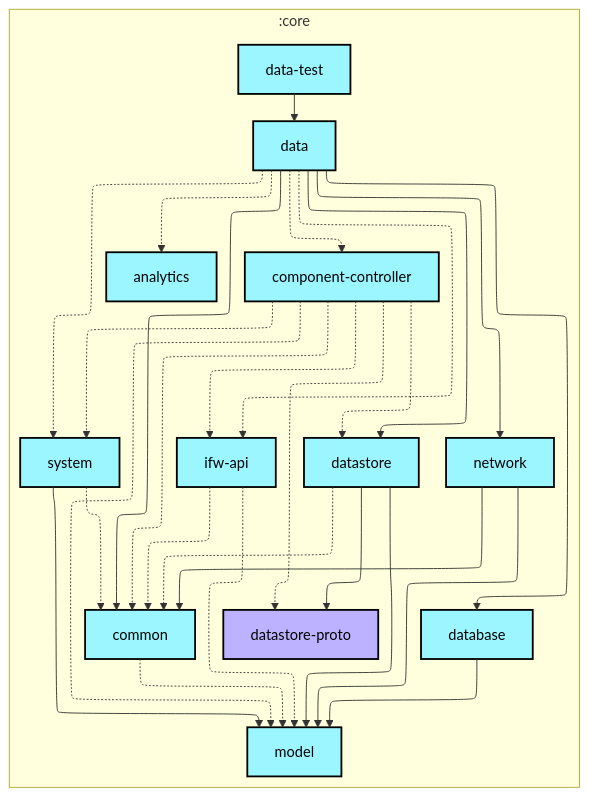
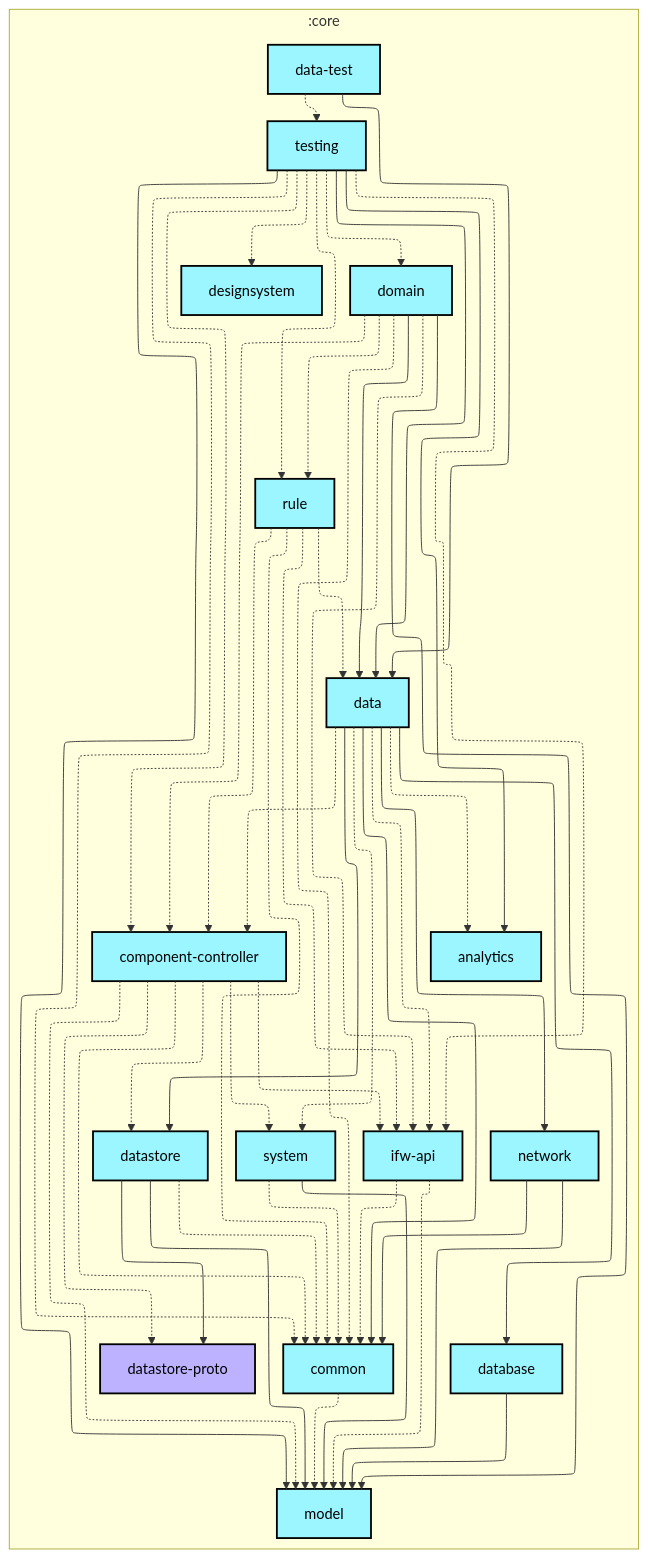
One commit to lihenggui/blocker changed the first of 2 diagrams in core/data-test/README.md. Above: the diagram before and after it, drawn with Mermaid. The commit also changed 5 other files, not shown here.

First line of the commit message:
Bind the device repositories in the Hilt test graph

````diff
--- a/core/data-test/README.md
+++ b/core/data-test/README.md
@@ -6,58 +6,82 @@
 ```mermaid
 ---
 config:
   layout: elk
   elk:
     nodePlacementStrategy: SIMPLE
 ---
 graph TB
   subgraph :core
     direction TB
     :core:analytics[analytics]:::android-library
     :core:common[common]:::android-library
     :core:component-controller[component-controller]:::android-library
     :core:data[data]:::android-library
     :core:data-test[data-test]:::android-library
     :core:database[database]:::android-library
     :core:datastore[datastore]:::android-library
     :core:datastore-proto[datastore-proto]:::jvm-library
+    :core:designsystem[designsystem]:::android-library
+    :core:domain[domain]:::android-library
     :core:ifw-api[ifw-api]:::android-library
     :core:model[model]:::android-library
     :core:network[network]:::android-library
+    :core:rule[rule]:::android-library
     :core:system[system]:::android-library
+    :core:testing[testing]:::android-library
   end
 
   :core:common -.-> :core:model
   :core:component-controller -.-> :core:common
   :core:component-controller -.-> :core:datastore
   :core:component-controller -.-> :core:datastore-proto
   :core:component-controller -.-> :core:ifw-api
   :core:component-controller -.-> :core:model
   :core:component-controller -.-> :core:system
   :core:data -.-> :core:analytics
   :core:data --> :core:common
   :core:data -.-> :core:component-controller
   :core:data --> :core:database
   :core:data --> :core:datastore
   :core:data -.-> :core:ifw-api
   :core:data --> :core:network
   :core:data -.-> :core:system
   :core:data-test --> :core:data
+  :core:data-test -.-> :core:testing
   :core:database --> :core:model
   :core:datastore -.-> :core:common
   :core:datastore --> :core:datastore-proto
   :core:datastore --> :core:model
+  :core:domain -.-> :core:common
+  :core:domain -.-> :core:component-controller
+  :core:domain --> :core:data
+  :core:domain -.-> :core:ifw-api
+  :core:domain --> :core:model
+  :core:domain -.-> :core:rule
   :core:ifw-api -.-> :core:common
   :core:ifw-api -.-> :core:model
   :core:network --> :core:common
   :core:network --> :core:model
+  :core:rule -.-> :core:common
+  :core:rule -.-> :core:component-controller
+  :core:rule -.-> :core:data
+  :core:rule -.-> :core:ifw-api
   :core:system -.-> :core:common
   :core:system --> :core:model
+  :core:testing --> :core:analytics
+  :core:testing -.-> :core:common
+  :core:testing -.-> :core:component-controller
+  :core:testing --> :core:data
+  :core:testing -.-> :core:designsystem
+  :core:testing -.-> :core:domain
+  :core:testing -.-> :core:ifw-api
+  :core:testing --> :core:model
+  :core:testing -.-> :core:rule
 
 classDef android-application fill:#CAFFBF,stroke:#000,stroke-width:2px,color:#000;
 classDef android-feature fill:#FFD6A5,stroke:#000,stroke-width:2px,color:#000;
 classDef android-library fill:#9BF6FF,stroke:#000,stroke-width:2px,color:#000;
 classDef android-test fill:#A0C4FF,stroke:#000,stroke-width:2px,color:#000;
 classDef jvm-library fill:#BDB2FF,stroke:#000,stroke-width:2px,color:#000;
 classDef unknown fill:#FFADAD,stroke:#000,stroke-width:2px,color:#000;
 ```
````
